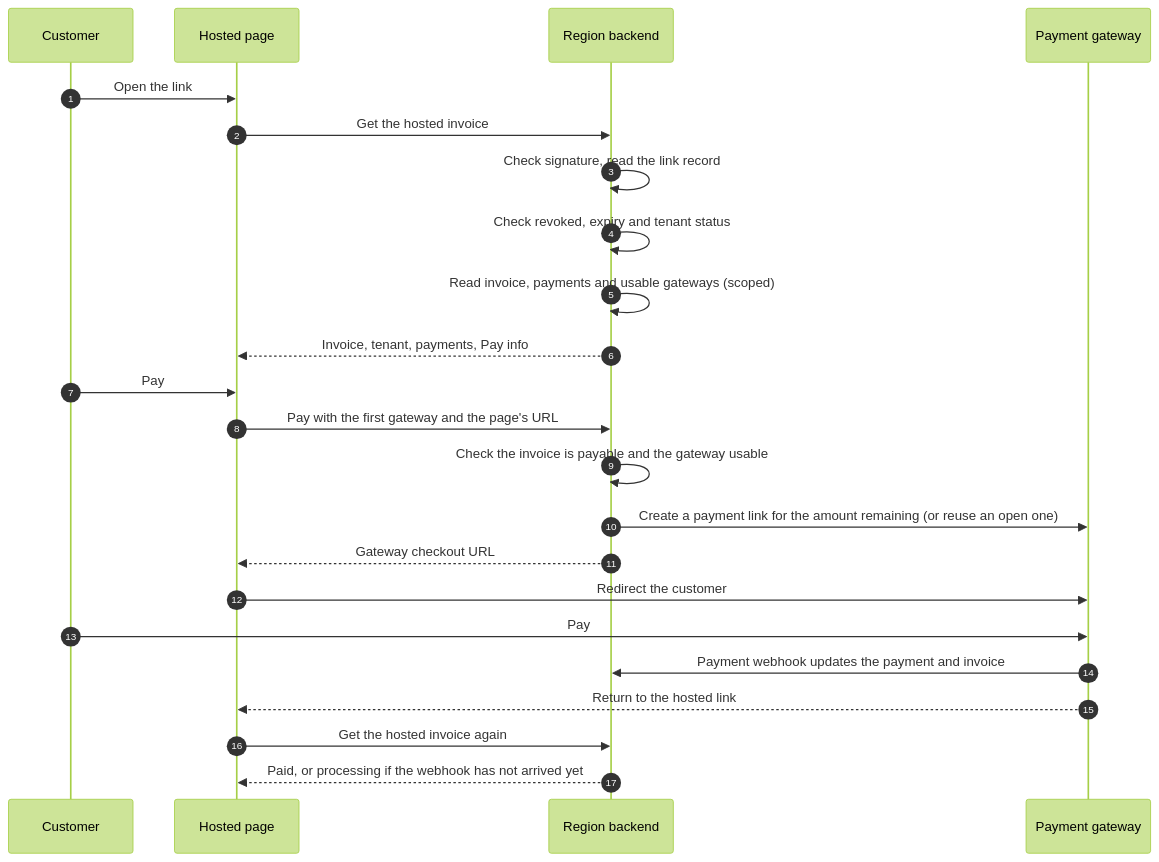
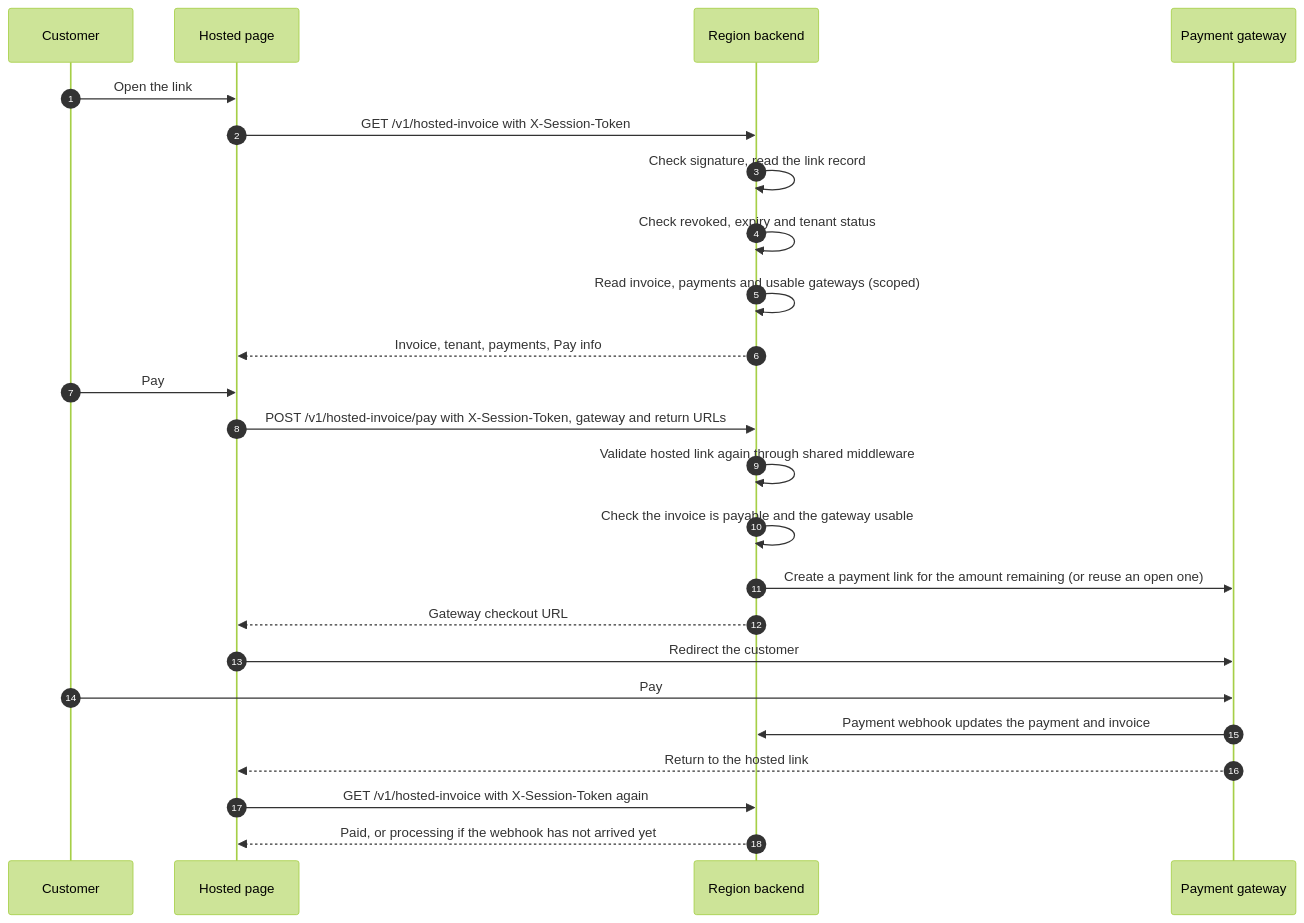
One commit to flexprice/flexprice changed the fifth of 5 diagrams in docs/design/2026-10-14-hosted-invoice-erd.md. Above: the diagram before and after it, drawn with Mermaid (forest theme). The commit also changed other lines of this file, not shown here.

Commit message:
docs: send hosted invoice tokens in request headers

````diff
--- a/docs/design/2026-10-14-hosted-invoice-erd.md
+++ b/docs/design/2026-10-14-hosted-invoice-erd.md
@@ -483,26 +490,27 @@
 ```mermaid
 sequenceDiagram
   autonumber
   participant Cu as Customer
   participant P as Hosted page
   participant B as Region backend
   participant G as Payment gateway
 
   Cu->>P: Open the link
-  P->>B: Get the hosted invoice
+  P->>B: GET /v1/hosted-invoice with X-Session-Token
   B->>B: Check signature, read the link record
   B->>B: Check revoked, expiry and tenant status
   B->>B: Read invoice, payments and usable gateways (scoped)
   B-->>P: Invoice, tenant, payments, Pay info
   Cu->>P: Pay
-  P->>B: Pay with the first gateway and the page's URL
+  P->>B: POST /v1/hosted-invoice/pay with X-Session-Token, gateway and return URLs
+  B->>B: Validate hosted link again through shared middleware
   B->>B: Check the invoice is payable and the gateway usable
   B->>G: Create a payment link for the amount remaining (or reuse an open one)
   B-->>P: Gateway checkout URL
   P->>G: Redirect the customer
   Cu->>G: Pay
   G->>B: Payment webhook updates the payment and invoice
   G-->>P: Return to the hosted link
-  P->>B: Get the hosted invoice again
+  P->>B: GET /v1/hosted-invoice with X-Session-Token again
   B-->>P: Paid, or processing if the webhook has not arrived yet
 ```
````
